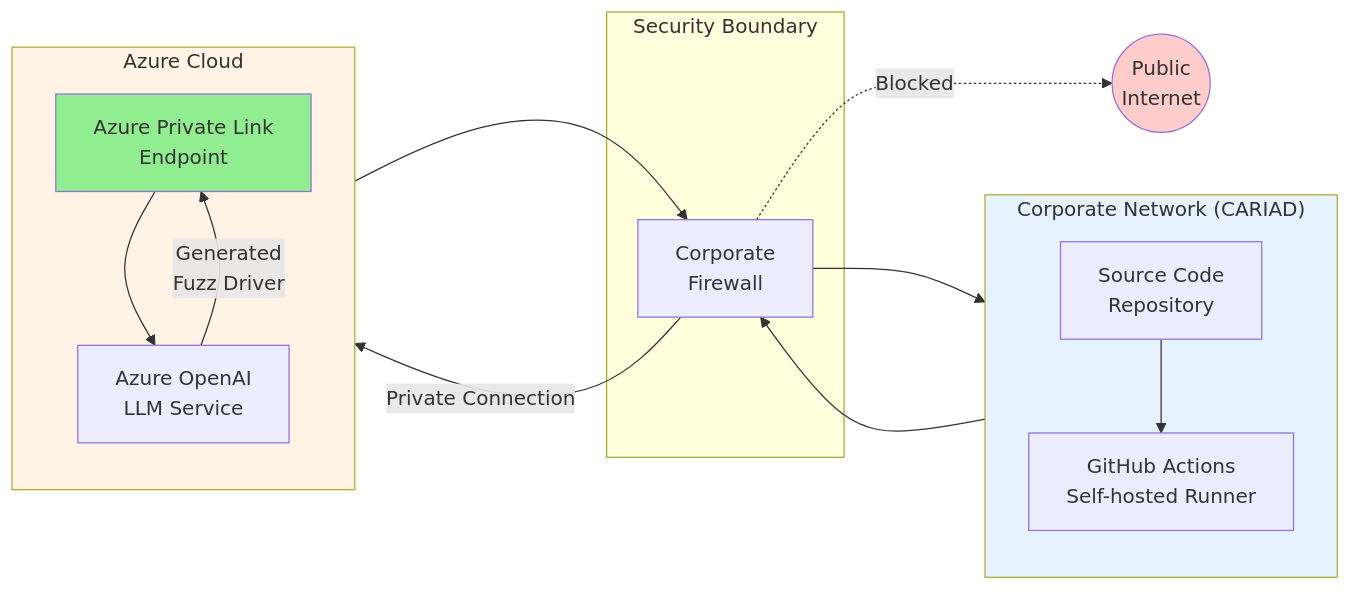
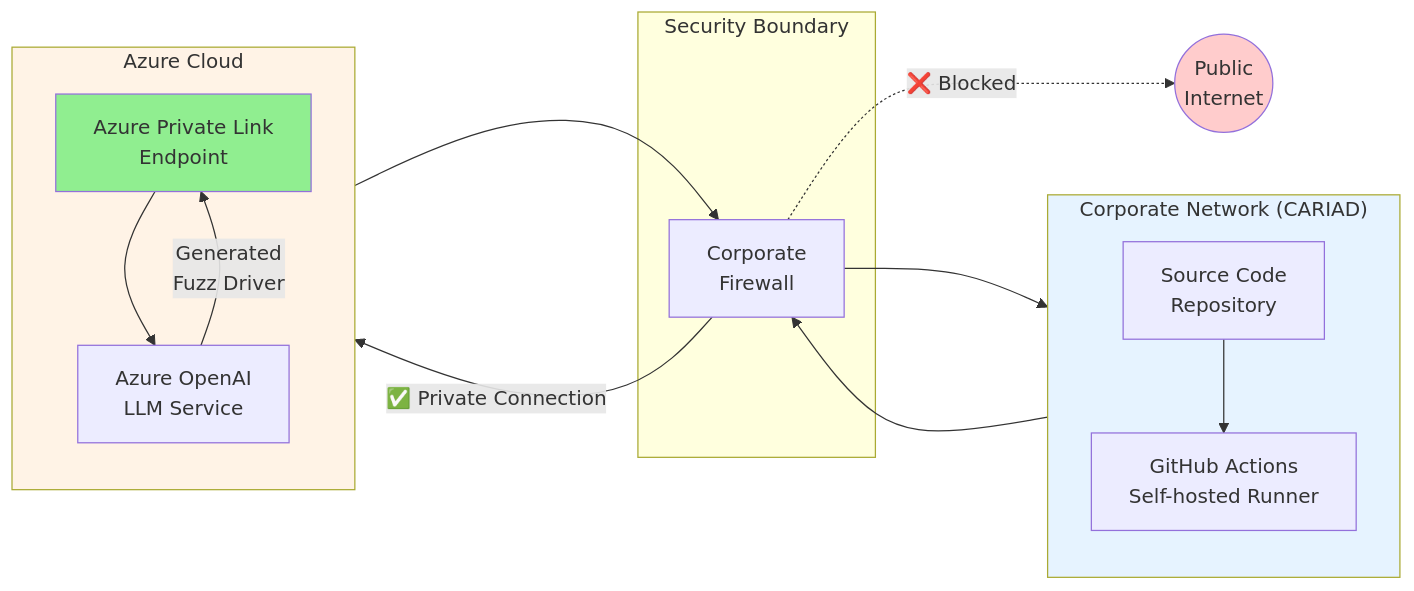
One commit to DARREN-2000/temporary changed the diagram in Chapter_6_Discussion_and_Conclusion.md. Above: the diagram before and after it, drawn with Mermaid. The commit also changed other lines of this file and 3 other files, not shown here.

Commit message:
Improve diagrams to meet academic standards - create actual figures for Chapter 4

````diff
--- a/Chapter_6_Discussion_and_Conclusion.md
+++ b/Chapter_6_Discussion_and_Conclusion.md
@@ -242,32 +41,32 @@
 ```mermaid
 flowchart LR
     subgraph Corporate["Corporate Network (CARIAD)"]
         direction TB
         GH[GitHub Actions<br>Self-hosted Runner]
         Code[Source Code<br>Repository]
     end
     
     subgraph Azure["Azure Cloud"]
         direction TB
         PL[Azure Private Link<br>Endpoint]
         LLM[Azure OpenAI<br>LLM Service]
     end
     
     subgraph Security["Security Boundary"]
         FW[Corporate<br>Firewall]
     end
     
     Code --> GH
     GH --> FW
-    FW -.->|Blocked| Internet((Public<br>Internet))
-    FW -->|Private Connection| PL
+    FW -.->|❌ Blocked| Internet((Public<br>Internet))
+    FW -->|✅ Private Connection| PL
     PL --> LLM
     LLM -->|Generated<br>Fuzz Driver| PL
     PL --> FW
     FW --> GH
     
     style Internet fill:#ffcccc
     style PL fill:#90EE90
     style Corporate fill:#E6F3FF
     style Azure fill:#FFF3E6
 ```
````
